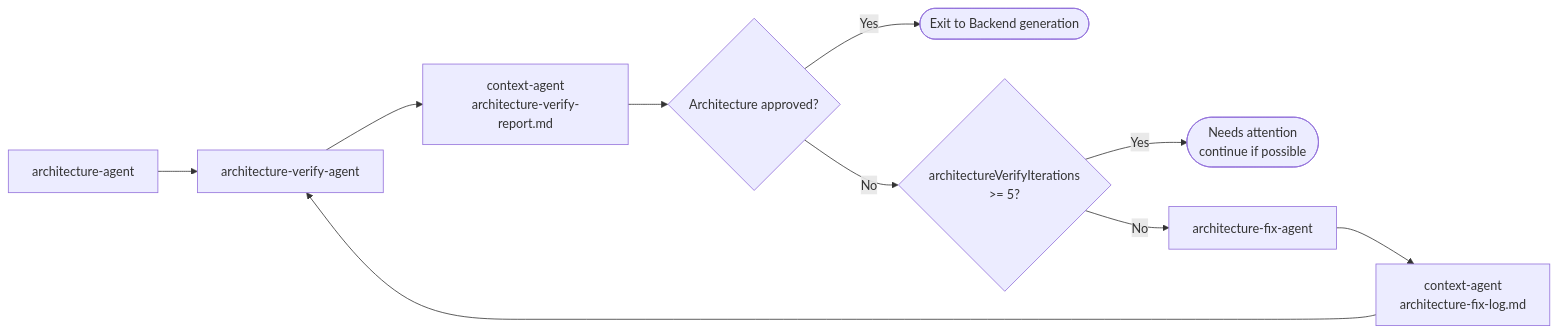
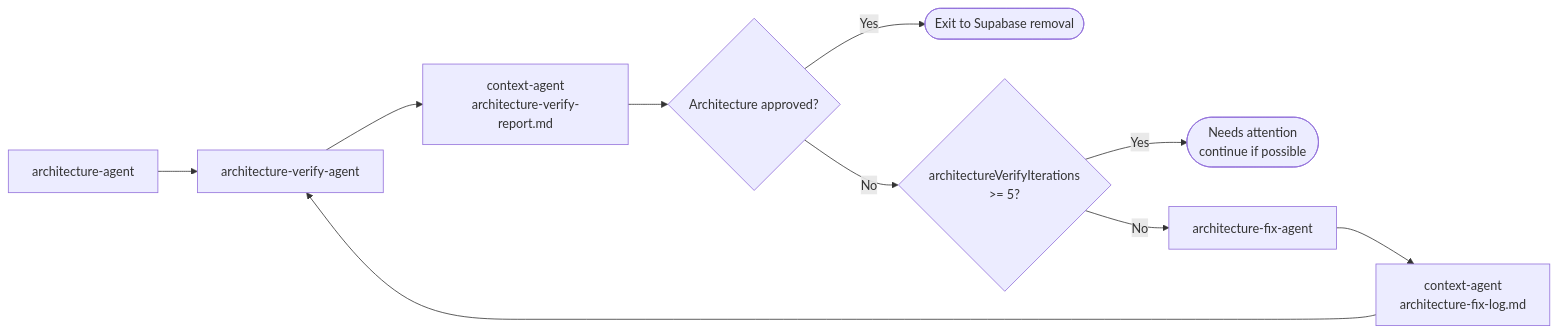
Before and after one commit to priyam-qo-box/agents: the fourth of 19 diagrams in .cursor/agents/ARCHITECTURE.md, drawn with Mermaid. The commit also changed other lines of this file and 25 other files, not shown here.

````diff
--- a/.cursor/agents/ARCHITECTURE.md
+++ b/.cursor/agents/ARCHITECTURE.md
@@ -359,12 +387,12 @@
 ```mermaid
 flowchart LR
     G[architecture-agent] --> A[architecture-verify-agent]
     A --> B["context-agent<br/>architecture-verify-report.md"]
     B --> C{"Architecture approved?"}
-    C -->|Yes| Exit([Exit to Backend generation])
+    C -->|Yes| Exit([Exit to Supabase removal])
     C -->|No| D{architectureVerifyIterations<br/>>= 5?}
     D -->|Yes| Stop([Needs attention<br/>continue if possible])
     D -->|No| E[architecture-fix-agent]
     E --> F["context-agent<br/>architecture-fix-log.md"]
     F --> A
 ```
````
